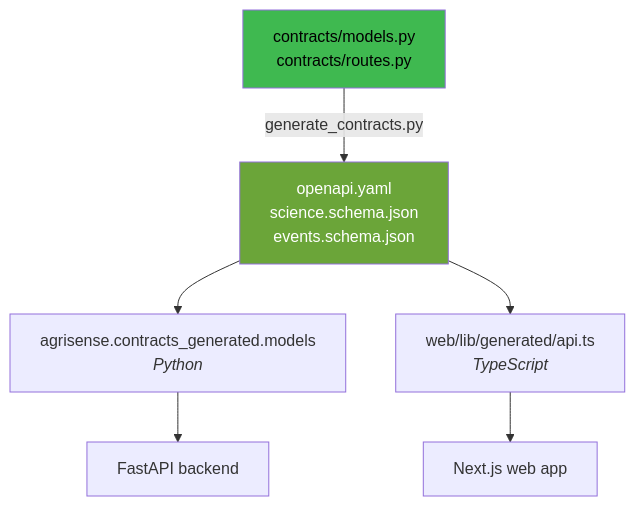
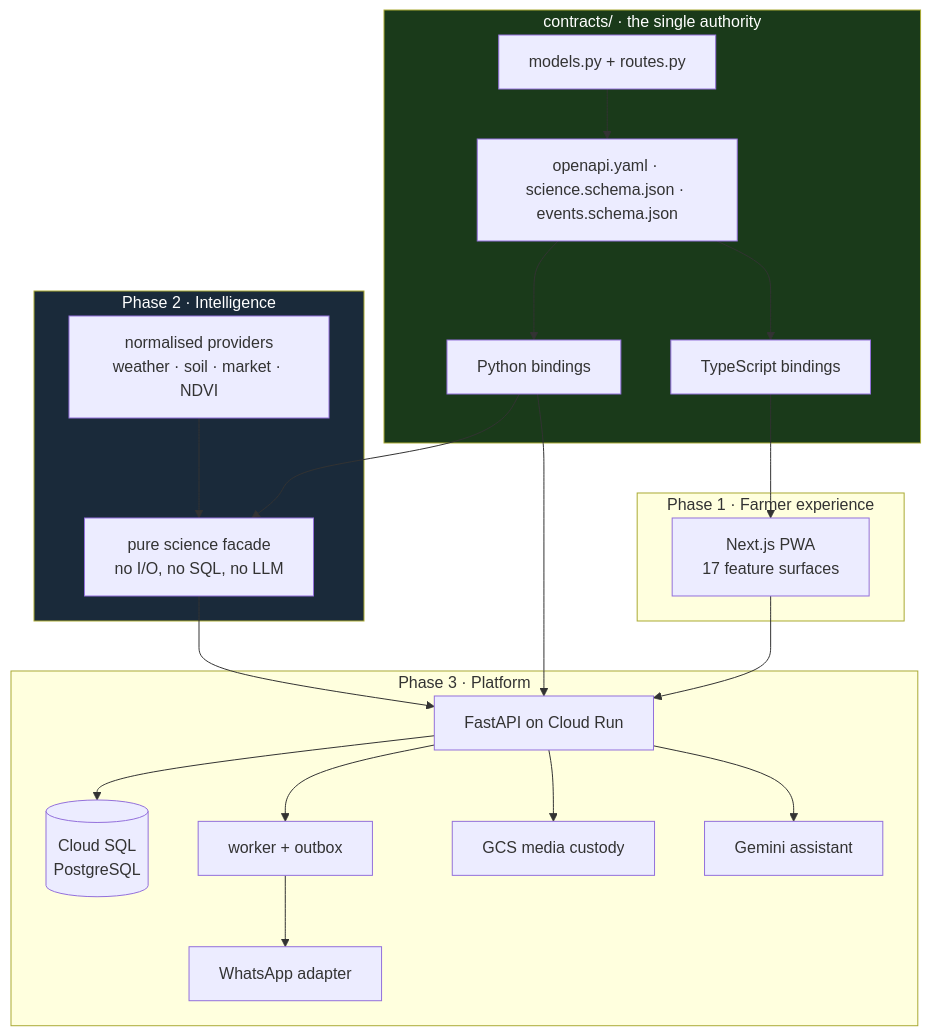
One commit to annam-iitrpr/TeamUnderdawgs-Agrisense changed the first of 2 diagrams in README.md. Above: the diagram before and after it, drawn with Mermaid. The commit also changed other lines of this file, not shown here.

````diff
--- a/README.md
+++ b/README.md
@@ -95,11 +192,41 @@
 ```mermaid
-flowchart TD
-    A["contracts/models.py<br/>contracts/routes.py"] -->|generate_contracts.py| B["openapi.yaml<br/>science.schema.json<br/>events.schema.json"]
-    B --> C["agrisense.contracts_generated.models<br/><i>Python</i>"]
-    B --> D["web/lib/generated/api.ts<br/><i>TypeScript</i>"]
-    C --> E[FastAPI backend]
-    D --> F[Next.js web app]
+flowchart TB
+    subgraph C["contracts/ · the single authority"]
+        C1["models.py + routes.py"] --> C2["openapi.yaml · science.schema.json · events.schema.json"]
+        C2 --> C3["Python bindings"]
+        C2 --> C4["TypeScript bindings"]
+    end
 
-    style A fill:#3FB950,color:#000
-    style B fill:#6BA539,color:#fff
+    subgraph P1["Phase 1 · Farmer experience"]
+        W["Next.js PWA<br/>17 feature surfaces"]
+    end
+
+    subgraph P2["Phase 2 · Intelligence"]
+        S["pure science facade<br/>no I/O, no SQL, no LLM"]
+        PR["normalised providers<br/>weather · soil · market · NDVI"]
+    end
+
+    subgraph P3["Phase 3 · Platform"]
+        A["FastAPI on Cloud Run"]
+        D[("Cloud SQL<br/>PostgreSQL")]
+        WK["worker + outbox"]
+        M["GCS media custody"]
+        WA["WhatsApp adapter"]
+        G["Gemini assistant"]
+    end
+
+    C3 --> S
+    C3 --> A
+    C4 --> W
+    PR --> S
+    S --> A
+    A --> D
+    A --> WK
+    WK --> WA
+    A --> M
+    A --> G
+    W --> A
+
+    style C fill:#1a3a1a,color:#fff
+    style P2 fill:#1a2a3a,color:#fff
 ```
````
